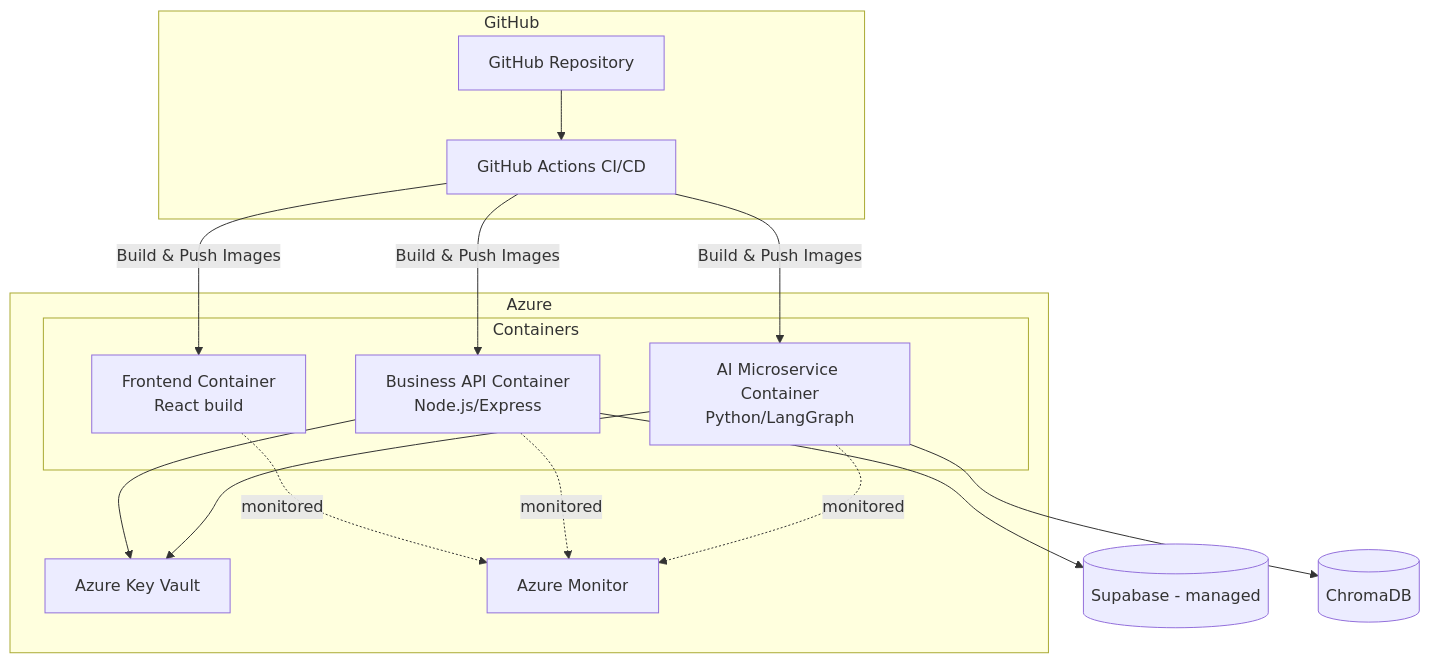
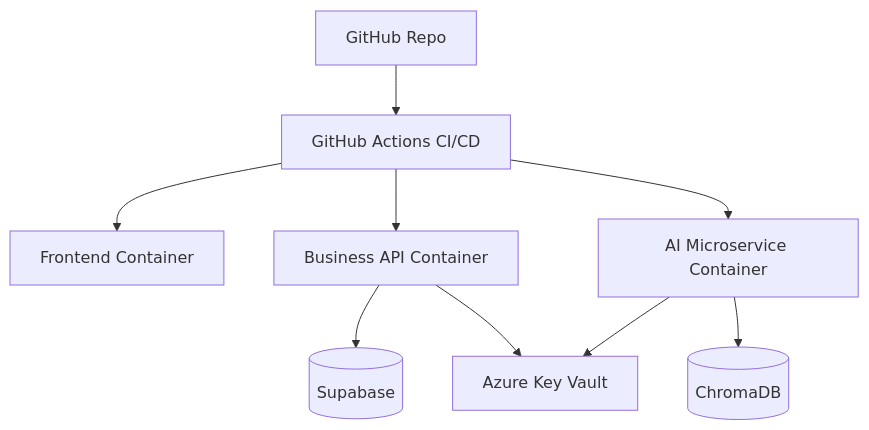
The eighth of 8 diagrams in docs/architecture/architecture.md (AmoghPai19/Multi-Agent-AI-Hotel-Support-System), drawn with Mermaid before and after one commit. The commit also changed other lines of this file and 1 other file, not shown here.

Commit message:
Added project vision, technology decisions, architecture, and workflow specifications

````diff
--- a/docs/architecture/architecture.md
+++ b/docs/architecture/architecture.md
@@ -350,30 +226,11 @@
 ```mermaid
 flowchart TB
-    subgraph GitHub
-        Repo[GitHub Repository]
-        Actions[GitHub Actions CI/CD]
-    end
-    subgraph Azure
-        subgraph Containers
-            FEC[Frontend Container<br/>React build]
-            APIC[Business API Container<br/>Node.js/Express]
-            AIC[AI Microservice Container<br/>Python/LangGraph]
-        end
-        KV[Azure Key Vault]
-        Mon[Azure Monitor]
-    end
-    SB[(Supabase - managed)]
-    CH[(ChromaDB)]
-
-    Repo --> Actions
-    Actions -->|Build & Push Images| FEC
-    Actions -->|Build & Push Images| APIC
-    Actions -->|Build & Push Images| AIC
-    APIC --> SB
-    AIC --> CH
-    APIC --> KV
+    Repo[GitHub Repo] --> Actions[GitHub Actions CI/CD]
+    Actions --> FEC[Frontend Container]
+    Actions --> APIC[Business API Container]
+    Actions --> AIC[AI Microservice Container]
+    APIC --> SB[(Supabase)]
+    AIC --> CH[(ChromaDB)]
+    APIC --> KV[Azure Key Vault]
     AIC --> KV
-    FEC -.monitored.-> Mon
-    APIC -.monitored.-> Mon
-    AIC -.monitored.-> Mon
 ```
````
